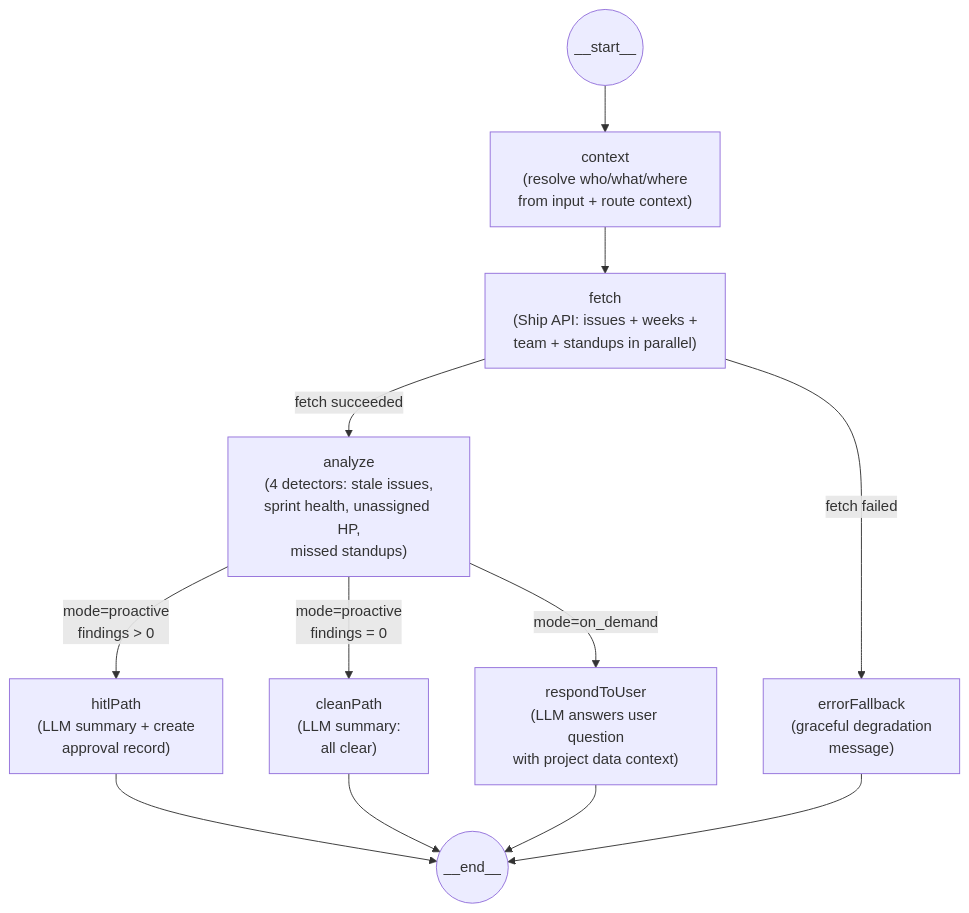
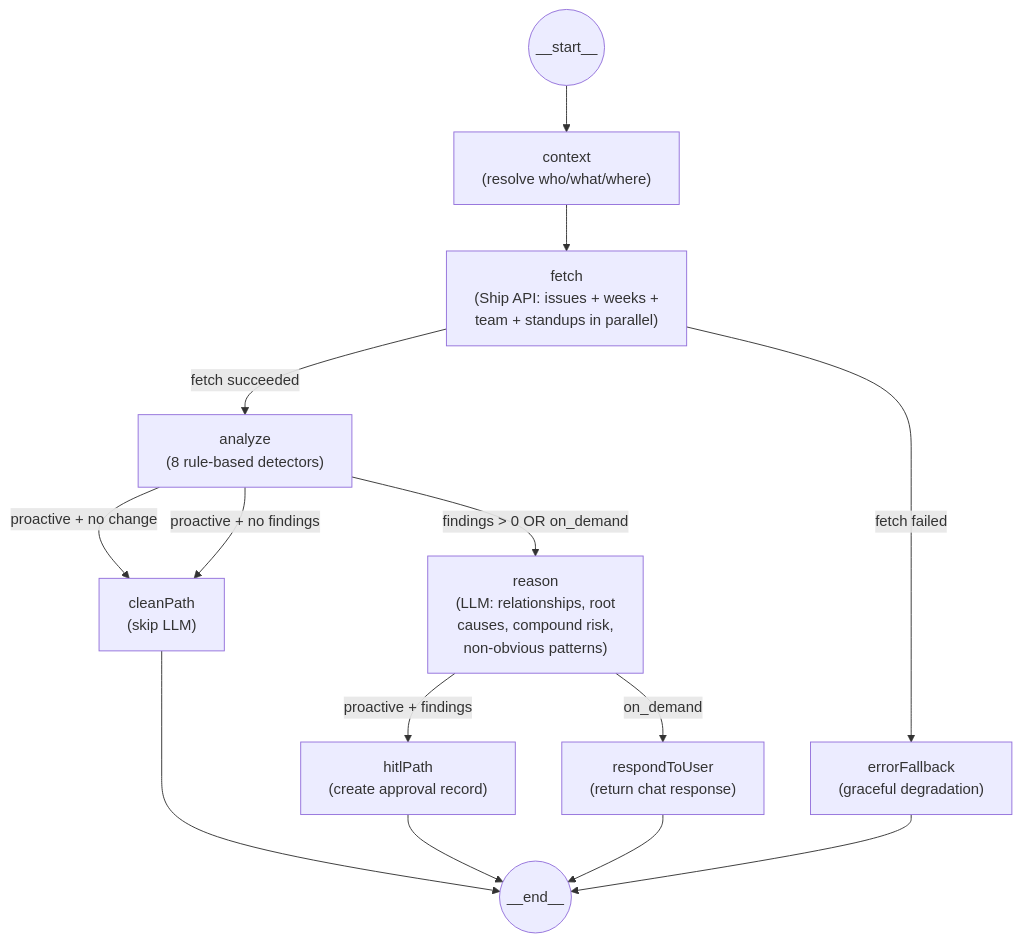
The diagram in FLEETGRAPH.md (robin-raq/fleetgraph), drawn with Mermaid before and after one commit. The commit also changed other lines of this file, not shown here.

First line of the commit message:
docs: update FLEETGRAPH.md with 8-node architecture and reasoning node

````diff
--- a/FLEETGRAPH.md
+++ b/FLEETGRAPH.md
@@ -41,14 +41,16 @@
 ```mermaid
 graph TD
-    START(("__start__")) --> context["context\n(resolve who/what/where\nfrom input + route context)"]
+    START(("__start__")) --> context["context\n(resolve who/what/where)"]
     context --> fetch["fetch\n(Ship API: issues + weeks +\nteam + standups in parallel)"]
-    fetch -->|"fetch succeeded"| analyze["analyze\n(4 detectors: stale issues,\nsprint health, unassigned HP,\nmissed standups)"]
-    fetch -->|"fetch failed"| errorFallback["errorFallback\n(graceful degradation\nmessage)"]
-    analyze -->|"mode=proactive\nfindings > 0"| hitlPath["hitlPath\n(LLM summary + create\napproval record)"]
-    analyze -->|"mode=proactive\nfindings = 0"| cleanPath["cleanPath\n(LLM summary:\nall clear)"]
-    analyze -->|"mode=on_demand"| respondToUser["respondToUser\n(LLM answers user question\nwith project data context)"]
+    fetch -->|"fetch succeeded"| analyze["analyze\n(8 rule-based detectors)"]
+    fetch -->|"fetch failed"| errorFallback["errorFallback\n(graceful degradation)"]
+    analyze -->|"proactive + no change"| cleanPath["cleanPath\n(skip LLM)"]
+    analyze -->|"proactive + no findings"| cleanPath
+    analyze -->|"findings > 0 OR on_demand"| reason["reason\n(LLM: relationships, root\ncauses, compound risk,\nnon-obvious patterns)"]
+    reason -->|"proactive + findings"| hitlPath["hitlPath\n(create approval record)"]
+    reason -->|"on_demand"| respondToUser["respondToUser\n(return chat response)"]
     hitlPath --> END(("__end__"))
     cleanPath --> END
     respondToUser --> END
     errorFallback --> END
 ```
````
